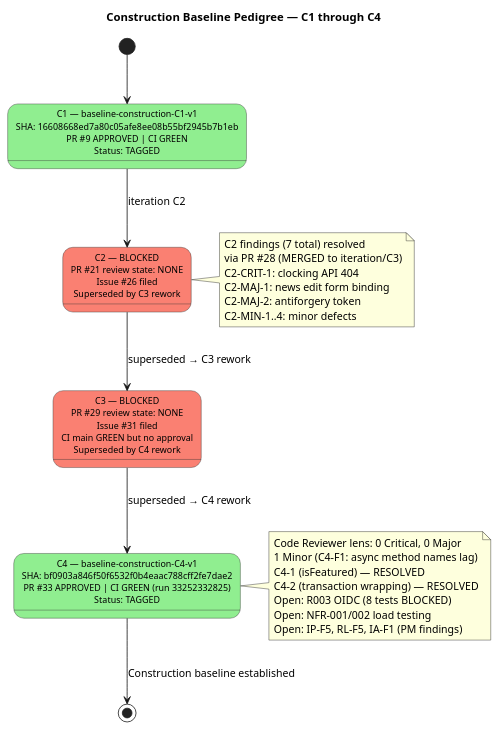
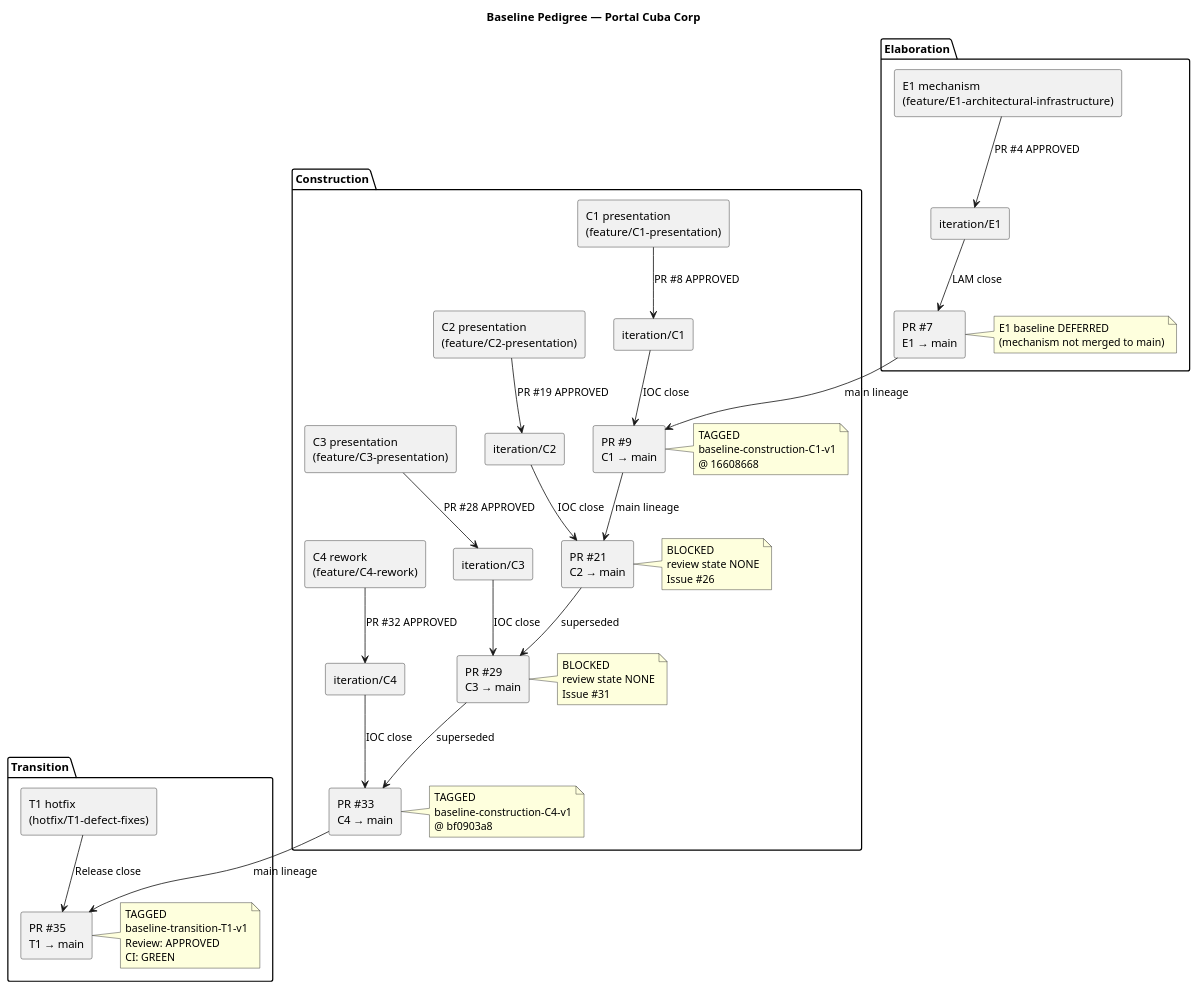
One commit to banense-test/portal-cuba-corp changed the first of 2 diagrams in docs/BRANCHING_STRATEGY.md. Above: the diagram before and after it, drawn with PlantUML. The commit also changed other lines of this file, not shown here.

First line of the commit message:
docs: update BRANCHING_STRATEGY.md for Transition T1 release baseline

````diff
--- a/docs/BRANCHING_STRATEGY.md
+++ b/docs/BRANCHING_STRATEGY.md
@@ -113,49 +99,59 @@
 ```plantuml
 @startuml
-title Construction Baseline Pedigree — C1 through C4
+title Baseline Pedigree — Portal Cuba Corp
+skinparam componentStyle rectangle
 
-skinparam state {
-  BackgroundColor #F5F5F5
-  BorderColor #333333
-  FontSize 11
+package "Elaboration" {
+  [E1 mechanism\n(feature/E1-architectural-infrastructure)] as E1F
+  [iteration/E1] as E1I
+  E1F --> E1I : PR #4 APPROVED
+  [PR #7\nE1 → main] as E1PR
+  E1I --> E1PR : LAM close
+  note right of E1PR : E1 baseline DEFERRED\n(mechanism not merged to main)
 }
 
-[*] --> C1
+package "Construction" {
+  [C1 presentation\n(feature/C1-presentation)] as C1F
+  [iteration/C1] as C1I
+  C1F --> C1I : PR #8 APPROVED
+  [PR #9\nC1 → main] as C1PR
+  C1I --> C1PR : IOC close
+  note right of C1PR : TAGGED\nbaseline-construction-C1-v1\n@ 16608668
 
-state "C1 — baseline-construction-C1-v1\nSHA: 16608668ed7a80c05afe8ee08b55bf2945b7b1eb\nPR #9 APPROVED | CI GREEN\nStatus: TAGGED" as C1 #LightGreen
+  [C2 presentation\n(feature/C2-presentation)] as C2F
+  [iteration/C2] as C2I
+  C2F --> C2I : PR #19 APPROVED
+  [PR #21\nC2 → main] as C2PR
+  C2I --> C2PR : IOC close
+  note right of C2PR : BLOCKED\nreview state NONE\nIssue #26
 
-C1 --> C2 : iteration C2
+  [C3 presentation\n(feature/C3-presentation)] as C3F
+  [iteration/C3] as C3I
+  C3F --> C3I : PR #28 APPROVED
+  [PR #29\nC3 → main] as C3PR
+  C3I --> C3PR : IOC close
+  note right of C3PR : BLOCKED\nreview state NONE\nIssue #31
 
-state "C2 — BLOCKED\nPR #21 review state: NONE\nIssue #26 filed\nSuperseded by C3 rework" as C2 #Salmon
+  [C4 rework\n(feature/C4-rework)] as C4F
+  [iteration/C4] as C4I
+  C4F --> C4I : PR #32 APPROVED
+  [PR #33\nC4 → main] as C4PR
+  C4I --> C4PR : IOC close
+  note right of C4PR : TAGGED\nbaseline-construction-C4-v1\n@ bf0903a8
+}
 
-C2 --> C3 : superseded → C3 rework
+package "Transition" {
+  [T1 hotfix\n(hotfix/T1-defect-fixes)] as T1F
+  [PR #35\nT1 → main] as T1PR
+  T1F --> T1PR : Release close
+  note right of T1PR : TAGGED\nbaseline-transition-T1-v1\nReview: APPROVED\nCI: GREEN
+}
 
-state "C3 — BLOCKED\nPR #29 review state: NONE\nIssue #31 filed\nCI main GREEN but no approval\nSuperseded by C4 rework" as C3 #Salmon
-
-C3 --> C4 : superseded → C4 rework
-
-state "C4 — baseline-construction-C4-v1\nSHA: bf0903a846f50f6532f0b4eaac788cff2fe7dae2\nPR #33 APPROVED | CI GREEN (run 33252332825)\nStatus: TAGGED" as C4 #LightGreen
-
-C4 --> [*] : Construction baseline established
-
-note right of C2
-  C2 findings (7 total) resolved
-  via PR #28 (MERGED to iteration/C3)
-  C2-CRIT-1: clocking API 404
-  C2-MAJ-1: news edit form binding
-  C2-MAJ-2: antiforgery token
-  C2-MIN-1..4: minor defects
-end note
-
-note right of C4
-  Code Reviewer lens: 0 Critical, 0 Major
-  1 Minor (C4-F1: async method names lag)
-  C4-1 (isFeatured) — RESOLVED
-  C4-2 (transaction wrapping) — RESOLVED
-  Open: R003 OIDC (8 tests BLOCKED)
-  Open: NFR-001/002 load testing
-  Open: IP-F5, RL-F5, IA-F1 (PM findings)
-end note
+E1PR --> C1PR : main lineage
+C1PR --> C2PR : main lineage
+C2PR --> C3PR : superseded
+C3PR --> C4PR : superseded
+C4PR --> T1PR : main lineage
 
 @enduml
 ```
````
